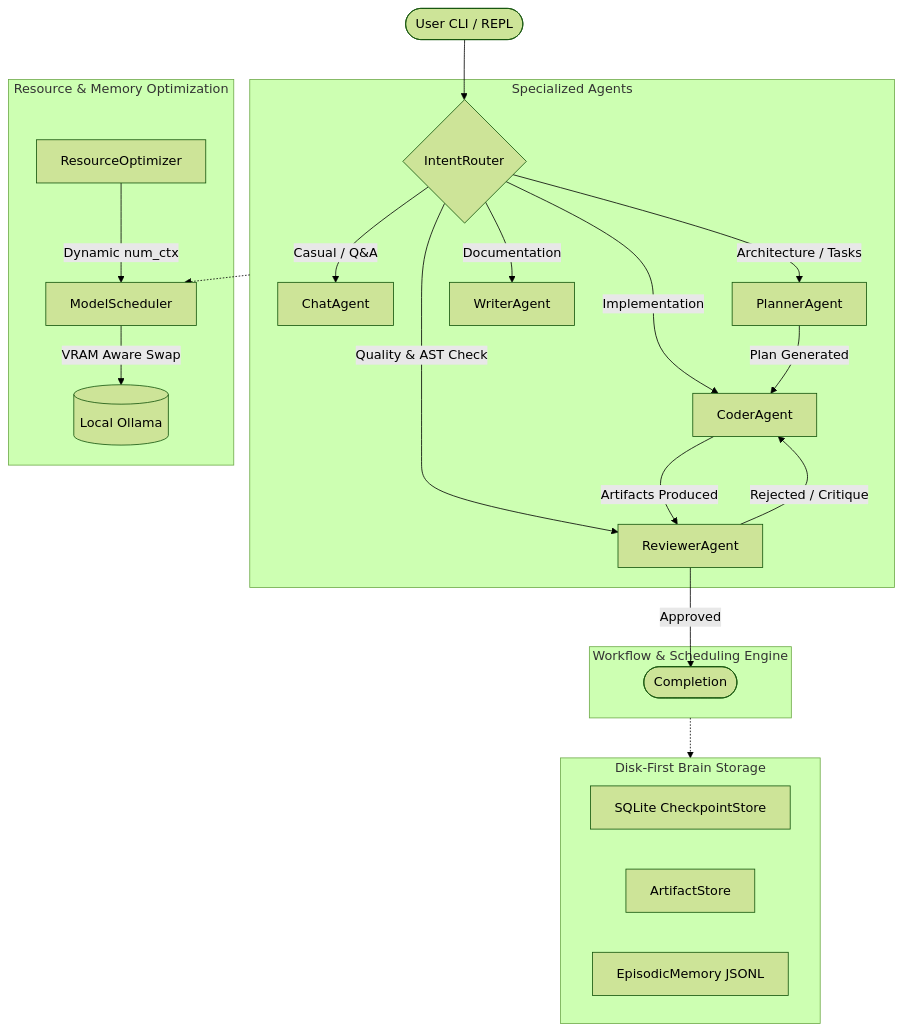
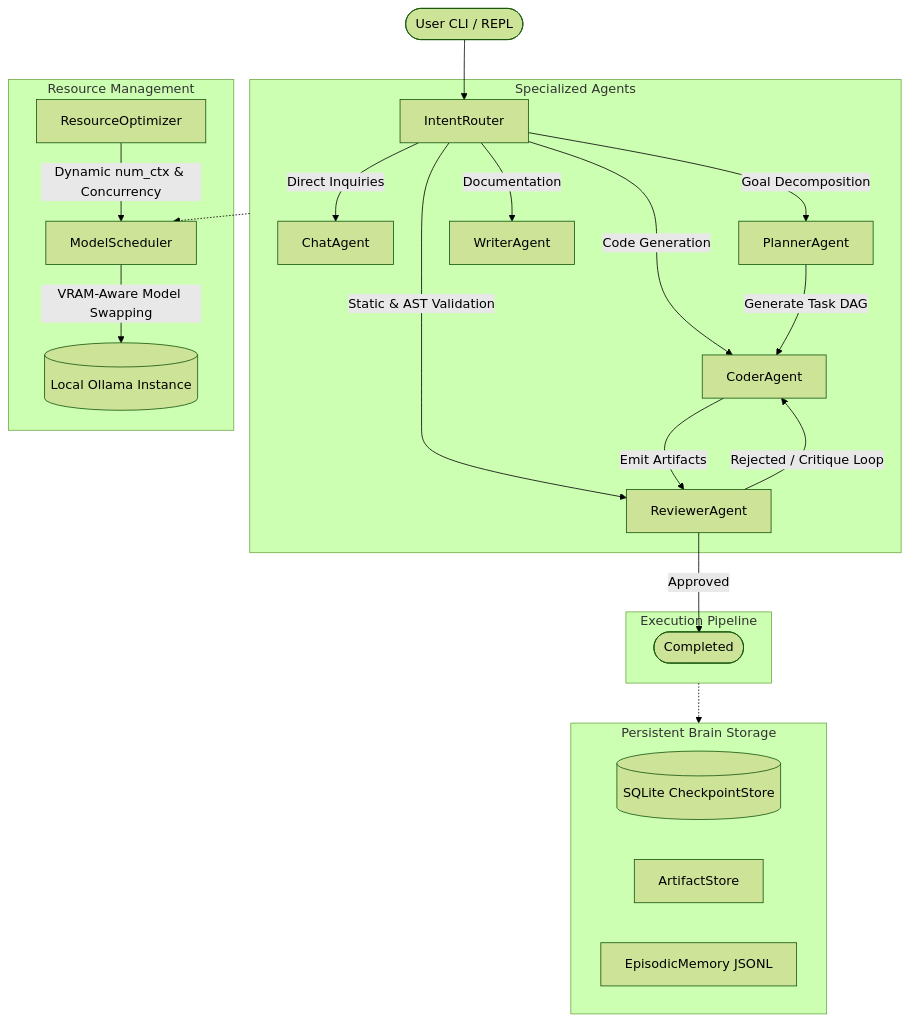
One commit to xushiexpresso15/AglibolAgent changed the diagram in README.md. Above: the diagram before and after it, drawn with Mermaid (forest theme). The commit also changed other lines of this file and 3 other files, not shown here.

````diff
--- a/README.md
+++ b/README.md
@@ -173,33 +62,33 @@
 ```mermaid
 flowchart TD
-    User([User CLI / REPL]) --> Router{IntentRouter}
+    User([User CLI / REPL]) --> Router[IntentRouter]
     
     subgraph Agents [Specialized Agents]
-        Router -->|Casual / Q&A| Chat[ChatAgent]
-        Router -->|Architecture / Tasks| Planner[PlannerAgent]
-        Router -->|Implementation| Coder[CoderAgent]
-        Router -->|Quality & AST Check| Reviewer[ReviewerAgent]
+        Router -->|Direct Inquiries| Chat[ChatAgent]
+        Router -->|Goal Decomposition| Planner[PlannerAgent]
+        Router -->|Code Generation| Coder[CoderAgent]
+        Router -->|Static & AST Validation| Reviewer[ReviewerAgent]
         Router -->|Documentation| Writer[WriterAgent]
     end
 
-    subgraph Core [Workflow & Scheduling Engine]
-        Planner -->|Plan Generated| Coder
-        Coder -->|Artifacts Produced| Reviewer
-        Reviewer -->|Approved| EndNode([Completion])
-        Reviewer -->|Rejected / Critique| Coder
+    subgraph Pipeline [Execution Pipeline]
+        Planner -->|Generate Task DAG| Coder
+        Coder -->|Emit Artifacts| Reviewer
+        Reviewer -->|Approved| Done([Completed])
+        Reviewer -->|Rejected / Critique Loop| Coder
     end
 
-    subgraph Optimization [Resource & Memory Optimization]
-        Scheduler[ModelScheduler] -->|VRAM Aware Swap| Ollama[(Local Ollama)]
-        Optimizer[ResourceOptimizer] -->|Dynamic num_ctx| Scheduler
+    subgraph Engine [Resource Management]
+        Scheduler[ModelScheduler] -->|VRAM-Aware Model Swapping| Ollama[(Local Ollama Instance)]
+        Optimizer[ResourceOptimizer] -->|Dynamic num_ctx & Concurrency| Scheduler
     end
 
-    subgraph Storage [Disk-First Brain Storage]
-        Checkpoint[SQLite CheckpointStore]
+    subgraph Storage [Persistent Brain Storage]
+        Checkpoints[(SQLite CheckpointStore)]
         Artifacts[ArtifactStore]
         Episodic[EpisodicMemory JSONL]
     end
 
     Agents -.-> Scheduler
-    Core -.-> Storage
+    Pipeline -.-> Storage
 ```
````
